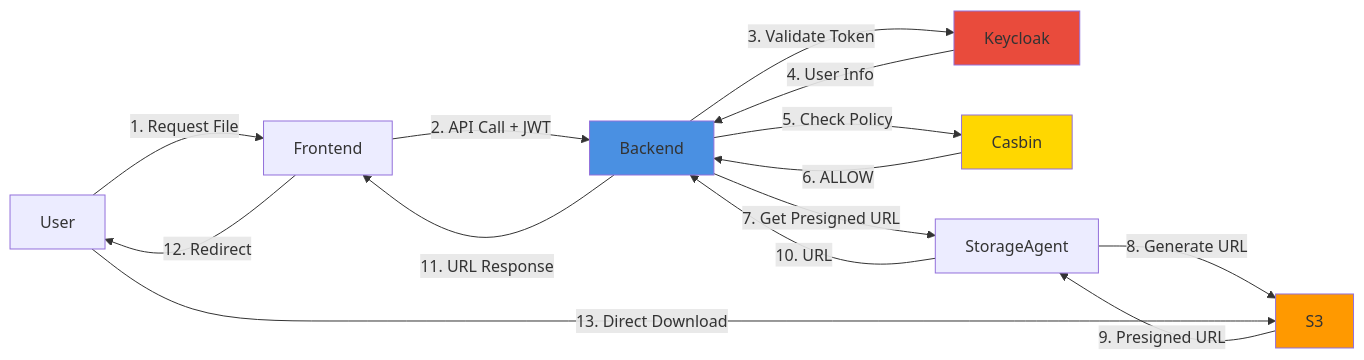
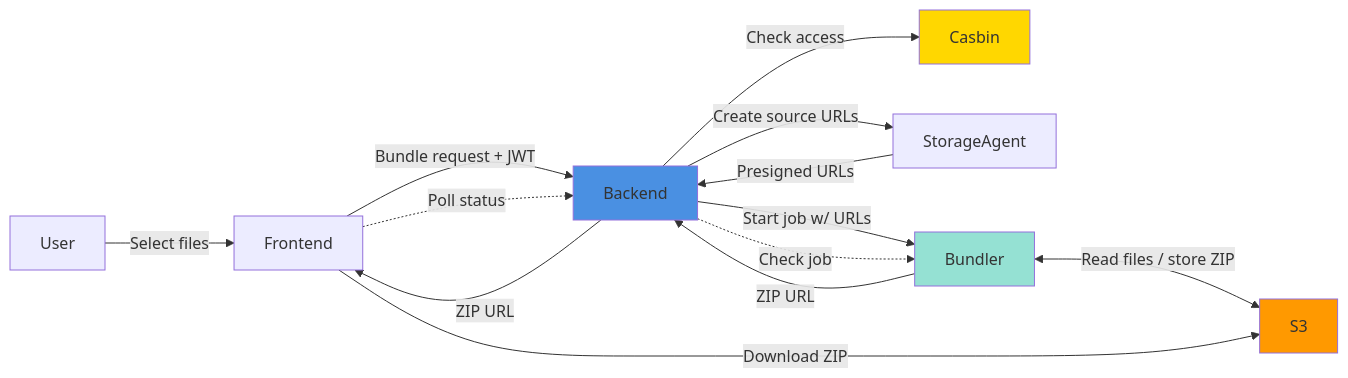
One commit to pmahon3/Data-Portal changed the fourth of 4 diagrams in docs/diagrams/component-architecture.md. Above: the diagram before and after it, drawn with Mermaid. The commit also changed other lines of this file and 33 other files, not shown here.

````diff
--- a/docs/diagrams/component-architecture.md
+++ b/docs/diagrams/component-architecture.md
@@ -150,21 +155,20 @@
 ```mermaid
 graph LR
-    User[User] -->|1. Request File| Frontend
-    Frontend -->|2. API Call + JWT| Backend
-    Backend -->|3. Validate Token| Keycloak
-    Keycloak -->|4. User Info| Backend
-    Backend -->|5. Check Policy| Casbin
-    Casbin -->|6. ALLOW| Backend
-    Backend -->|7. Get Presigned URL| StorageAgent
-    StorageAgent -->|8. Generate URL| S3
-    S3 -->|9. Presigned URL| StorageAgent
-    StorageAgent -->|10. URL| Backend
-    Backend -->|11. URL Response| Frontend
-    Frontend -->|12. Redirect| User
-    User -->|13. Direct Download| S3
+    User -->|Select files| Frontend
+    Frontend -->|Bundle request + JWT| Backend
+    Backend -->|Check access| Casbin
+    Backend -->|Create source URLs| StorageAgent
+    StorageAgent -->|Presigned URLs| Backend
+    Backend -->|Start job w/ URLs| Bundler
+    Bundler <-->|Read files / store ZIP| S3
+    Frontend -.->|Poll status| Backend
+    Backend -.->|Check job| Bundler
+    Bundler -->|ZIP URL| Backend
+    Backend -->|ZIP URL| Frontend
+    Frontend -->|Download ZIP| S3
 
     style Backend fill:#4A90E2
-    style Keycloak fill:#E94B3C
     style Casbin fill:#FFD700
+    style Bundler fill:#95E1D3
     style S3 fill:#FF9900
 ```
````
